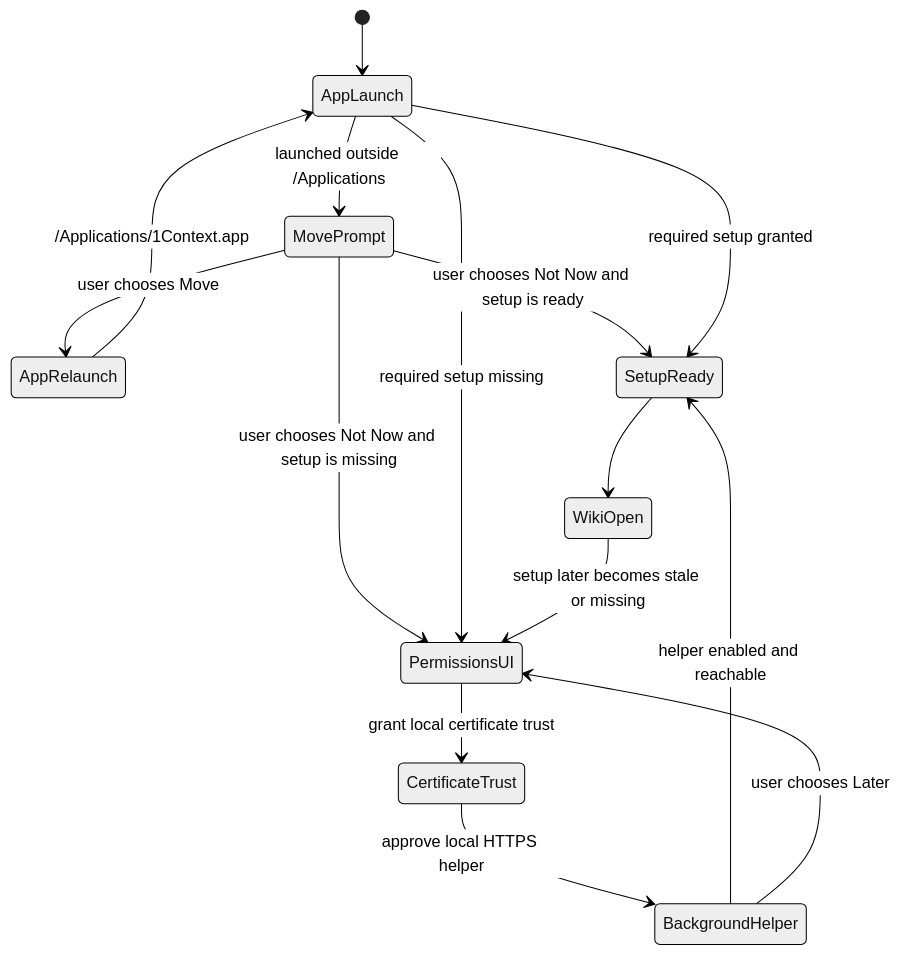
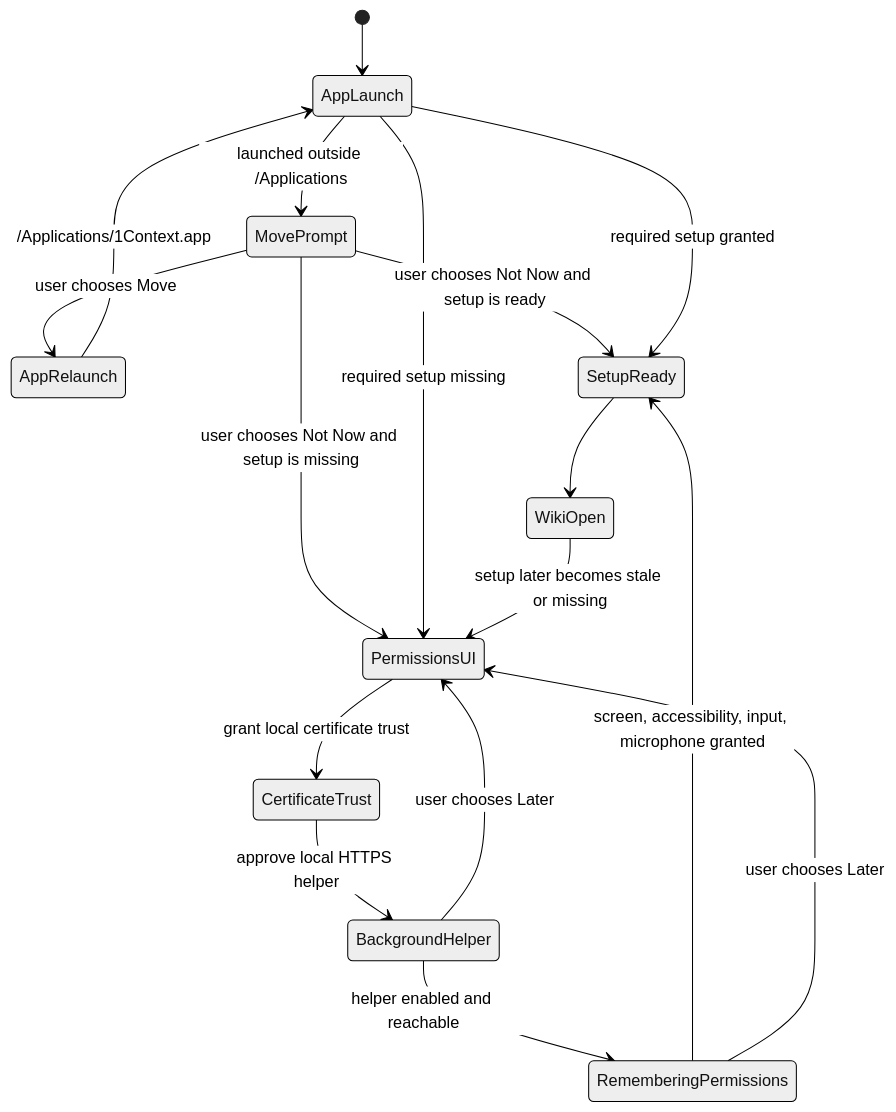
The second of 2 diagrams in docs/macos-app-architecture.md (hapticasensorics/1context), drawn with Mermaid (neutral theme) before and after one commit. The commit also changed other lines of this file and 35 other files, not shown here.

Commit message:
Add remembering permission proof flow

````diff
--- a/docs/macos-app-architecture.md
+++ b/docs/macos-app-architecture.md
@@ -35,17 +35,19 @@
 ```mermaid
 stateDiagram-v2
   [*] --> AppLaunch
   AppLaunch --> MovePrompt: launched outside /Applications
   MovePrompt --> AppRelaunch: user chooses Move
   AppRelaunch --> AppLaunch: /Applications/1Context.app
   MovePrompt --> SetupReady: user chooses Not Now and setup is ready
   MovePrompt --> PermissionsUI: user chooses Not Now and setup is missing
   AppLaunch --> SetupReady: required setup granted
   AppLaunch --> PermissionsUI: required setup missing
   PermissionsUI --> CertificateTrust: grant local certificate trust
   CertificateTrust --> BackgroundHelper: approve local HTTPS helper
-  BackgroundHelper --> SetupReady: helper enabled and reachable
+  BackgroundHelper --> RememberingPermissions: helper enabled and reachable
+  RememberingPermissions --> SetupReady: screen, accessibility, input, microphone granted
+  RememberingPermissions --> PermissionsUI: user chooses Later
   BackgroundHelper --> PermissionsUI: user chooses Later
   SetupReady --> WikiOpen
   WikiOpen --> PermissionsUI: setup later becomes stale or missing
 ```
````
